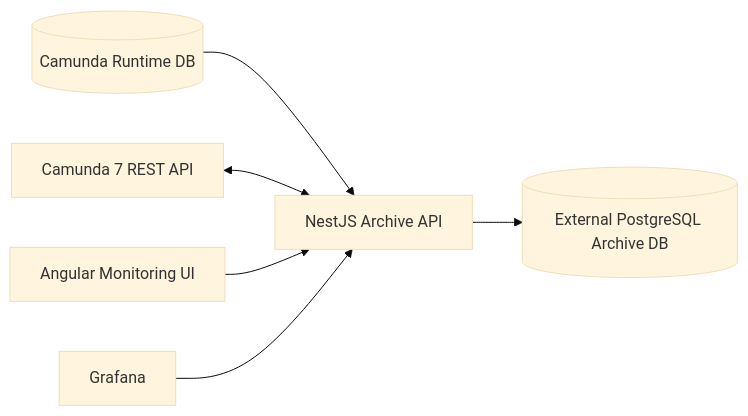
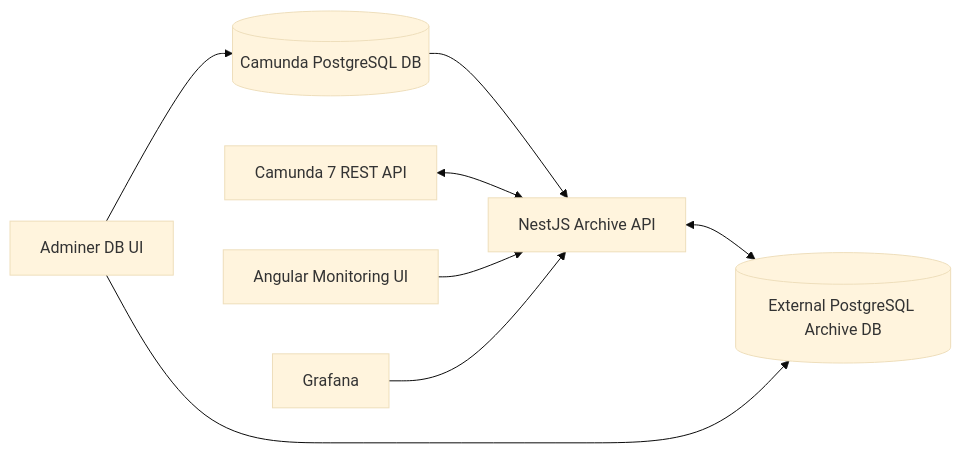
Before and after one commit to closelocation41/camunda-archive-project: the diagram in docs/ARCHITECTURE.md, drawn with Mermaid (base theme). The commit also changed other lines of this file and 8 other files, not shown here.

````diff
--- a/docs/ARCHITECTURE.md
+++ b/docs/ARCHITECTURE.md
@@ -3,15 +3,18 @@
 ```mermaid
 flowchart LR
-  camundaDb[(Camunda Runtime DB)]
+  camundaDb[(Camunda PostgreSQL DB)]
   camundaRest[Camunda 7 REST API]
   api[NestJS Archive API]
   archiveDb[(External PostgreSQL Archive DB)]
   web[Angular Monitoring UI]
+  adminer[Adminer DB UI]
   grafana[Grafana]
 
   camundaDb --> api
   camundaRest <--> api
-  api --> archiveDb
+  api <--> archiveDb
   web --> api
+  adminer --> camundaDb
+  adminer --> archiveDb
   grafana --> api
 ```
````
